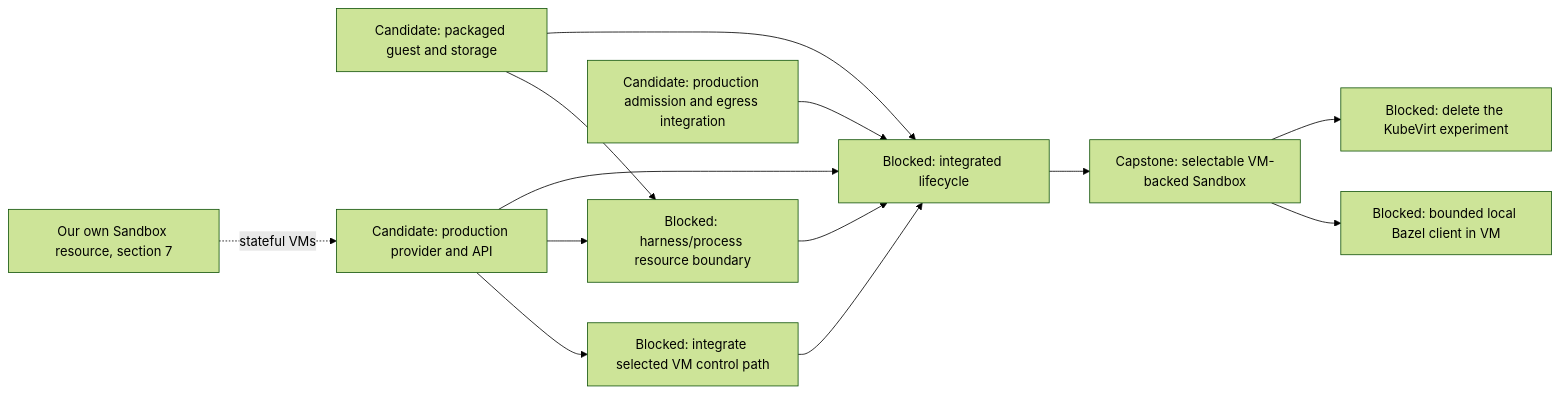
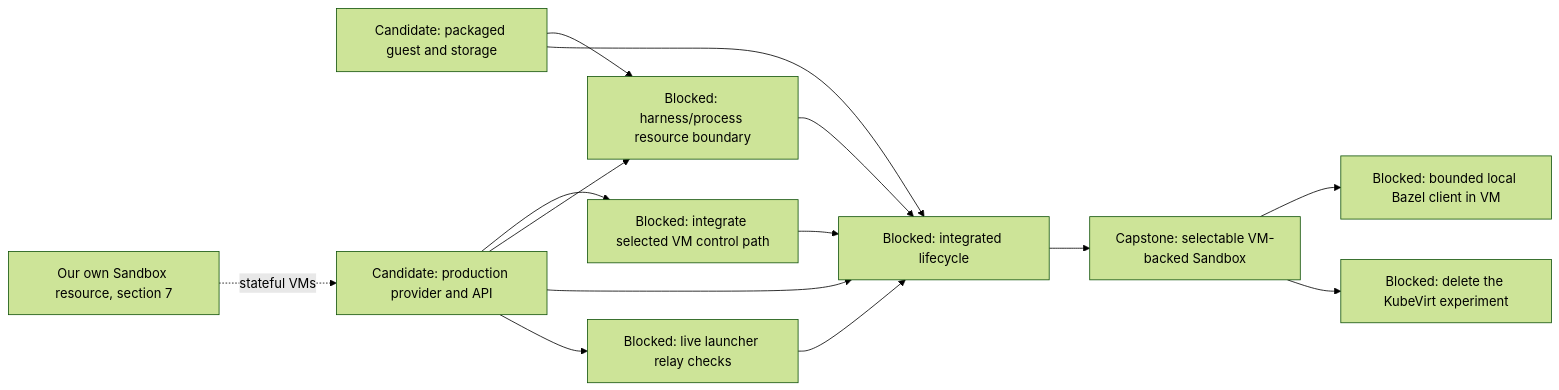
One commit to agentydragon-agent/ducktape changed the sixth of 15 diagrams in agentplane/plans/task_dag.md. Above: the diagram before and after it, drawn with Mermaid (forest theme). The commit also changed other lines of this file and 13 other files, not shown here.

First line of the commit message:
agentplane testing: egress relay for VM Sandbox launchers (#10197)

````diff
--- a/agentplane/plans/task_dag.md
+++ b/agentplane/plans/task_dag.md
@@ -334,22 +334,23 @@
 ```mermaid
 flowchart LR
     VM_CONTROL_NETWORKING[Blocked: integrate selected VM control path]
     VM_IMAGE[Candidate: packaged guest and storage]
     VM_PROVIDER[Candidate: production provider and API]
     AGENTPLANE_SANDBOX_RESOURCE[Our own Sandbox resource, section 7]
-    VM_EGRESS[Candidate: production admission and egress integration]
+    VM_EGRESS[Blocked: live launcher relay checks]
     VM_PROCESS_ISOLATION[Blocked: harness/process resource boundary]
     VM_LIFECYCLE[Blocked: integrated lifecycle]
     VM_PROVIDER --> VM_CONTROL_NETWORKING
     AGENTPLANE_SANDBOX_RESOURCE -. stateful VMs .-> VM_PROVIDER
     VM_CONTROL_NETWORKING --> VM_LIFECYCLE
     VM_IMAGE --> VM_PROCESS_ISOLATION
     VM_PROVIDER --> VM_PROCESS_ISOLATION
     VM_IMAGE --> VM_LIFECYCLE
     VM_PROVIDER --> VM_LIFECYCLE
+    VM_PROVIDER --> VM_EGRESS
     VM_EGRESS --> VM_LIFECYCLE
     VM_PROCESS_ISOLATION --> VM_LIFECYCLE
     VM_LIFECYCLE --> SANDBOX_VM_ISOLATION[Capstone: selectable VM-backed Sandbox]
     SANDBOX_VM_ISOLATION --> LOCAL_BAZEL[Blocked: bounded local Bazel client in VM]
     SANDBOX_VM_ISOLATION --> KUBEVIRT_EXPERIMENT_RETIRE[Blocked: delete the KubeVirt experiment]
 ```
````
